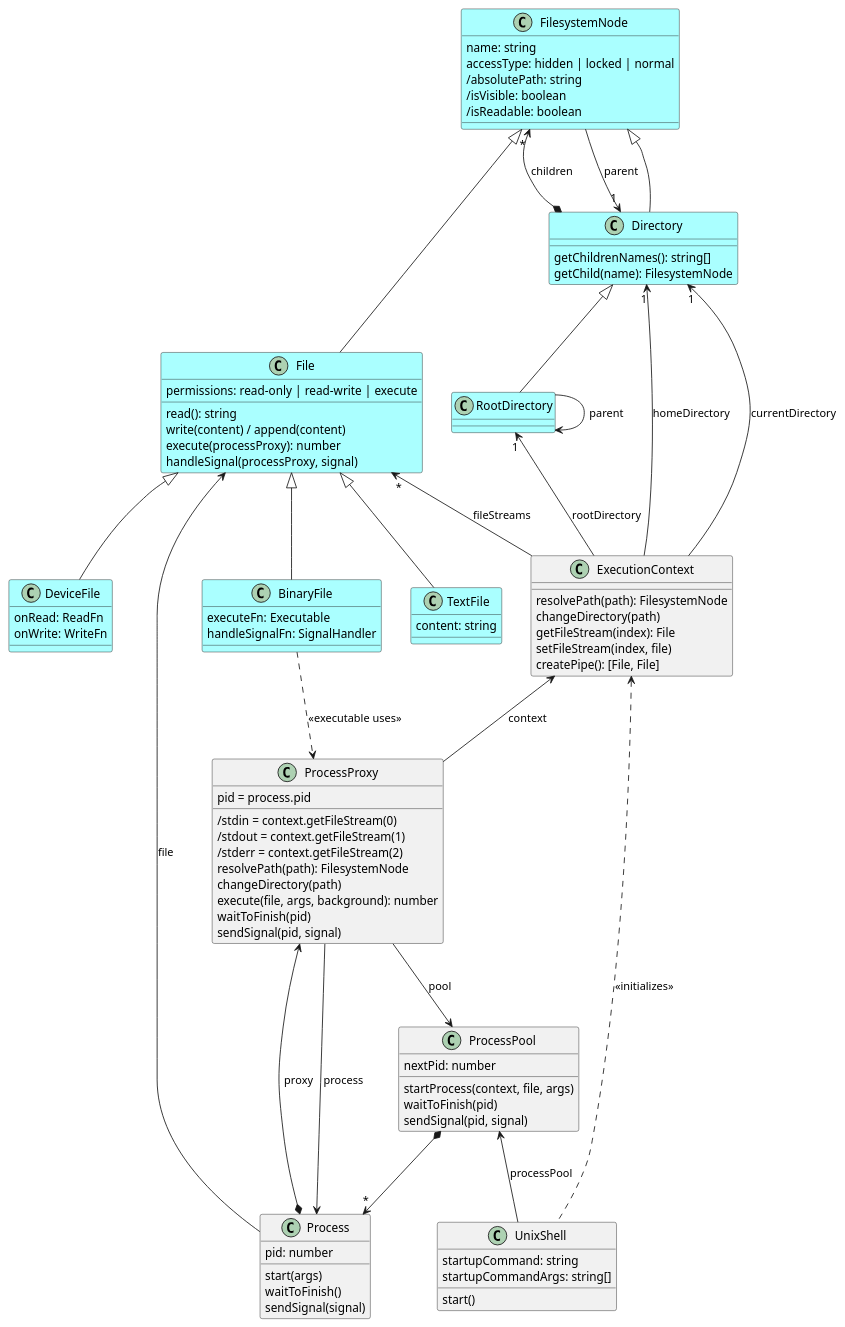
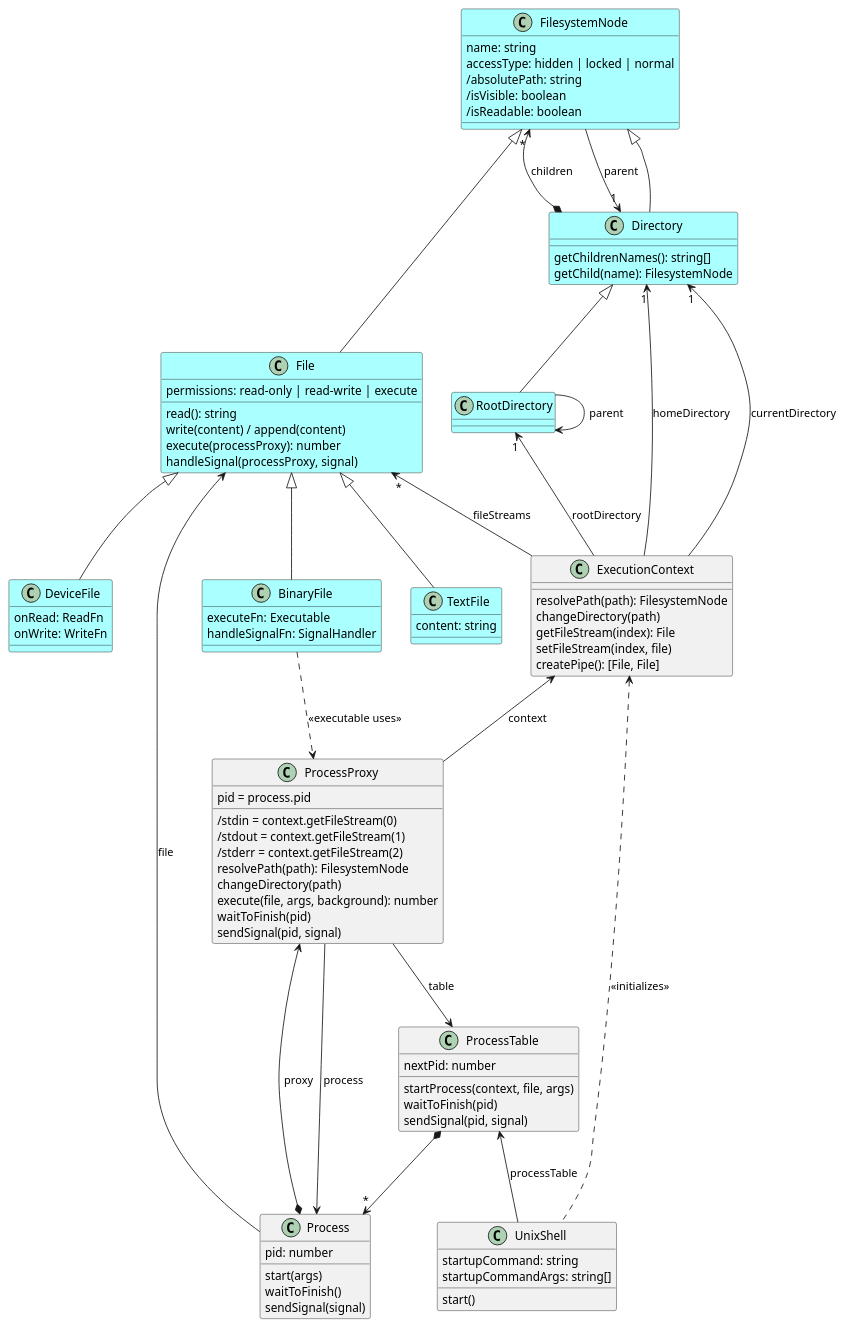
The diagram in core/doc/class-diagram.plantuml (p-rivero/unix-js), drawn with PlantUML before and after one commit. The commit also changed 7 other files, not shown here.

Commit message:
Rename ProcessPool to ProcessTable

```diff
--- a/core/doc/class-diagram.plantuml
+++ b/core/doc/class-diagram.plantuml
@@ -1,111 +1,111 @@
 @startuml Simplified class diagram
 
 skinparam Ranksep 80
 
 class FilesystemNode #aaffff {
     name: string
     accessType: hidden | locked | normal
     /absolutePath: string
     /isVisible: boolean
     /isReadable: boolean
 }
 
 class Directory #aaffff {
     getChildrenNames(): string[]
     getChild(name): FilesystemNode
 }
 FilesystemNode <|-- Directory
 
 class RootDirectory #aaffff {
 }
 Directory <|-- RootDirectory 
 RootDirectory --> RootDirectory : parent
 
 Directory *-u-> "*" FilesystemNode : children
 FilesystemNode --> "1" Directory : parent
 
 class File #aaffff {
     permissions: read-only | read-write | execute
     read(): string
     write(content) / append(content)
     execute(processProxy): number
     handleSignal(processProxy, signal)
 }
 FilesystemNode <|-- File
 
 class TextFile #aaffff {
     content: string
 }
 File <|-- TextFile
 
 class BinaryFile #aaffff {
     executeFn: Executable
     handleSignalFn: SignalHandler
 }
 File <|-- BinaryFile
 
 class DeviceFile #aaffff {
     onRead: ReadFn
     onWrite: WriteFn
 }
 File <|-- DeviceFile
 
 
 class ExecutionContext {
     resolvePath(path): FilesystemNode
     changeDirectory(path)
     getFileStream(index): File
     setFileStream(index, file)
     createPipe(): [File, File]
 }
 
 ExecutionContext -u-> "*" File: fileStreams
 ExecutionContext -u-> "1" RootDirectory: rootDirectory
 ExecutionContext -u-> "1" Directory: homeDirectory
 ExecutionContext -u-> "1" Directory: currentDirectory
 
 class Process {
     pid: number
     start(args)
     waitToFinish()
     sendSignal(signal)
     
 }
 Process -u-> File : file
 BinaryFile ..> ProcessProxy : "<<executable uses>>"
-class ProcessPool {
+class ProcessTable {
     nextPid: number
     startProcess(context, file, args)
     waitToFinish(pid)
     sendSignal(pid, signal)
 }
-ProcessPool *--> "*" Process
+ProcessTable *--> "*" Process
 
-' Process --> "1" ProcessPool: pool
+' Process --> "1" ProcessTable: table
 
 class ProcessProxy {
     pid = process.pid
     /stdin = context.getFileStream(0)
     /stdout = context.getFileStream(1)
     /stderr = context.getFileStream(2)
     resolvePath(path): FilesystemNode
     changeDirectory(path)
     execute(file, args, background): number
     waitToFinish(pid)
     sendSignal(pid, signal)
 }
 ProcessProxy -u-> ExecutionContext : context
 ProcessProxy --> Process : process
-ProcessProxy --> ProcessPool : pool
+ProcessProxy --> ProcessTable : table
 Process *-u-> ProcessProxy : proxy
 
 
 class UnixShell {
     startupCommand: string
     startupCommandArgs: string[]
     start()
 }
-UnixShell -u-> ProcessPool : processPool
+UnixShell -u-> ProcessTable : processTable
 UnixShell .u.> ExecutionContext : <<initializes>>
 
 @enduml
```
